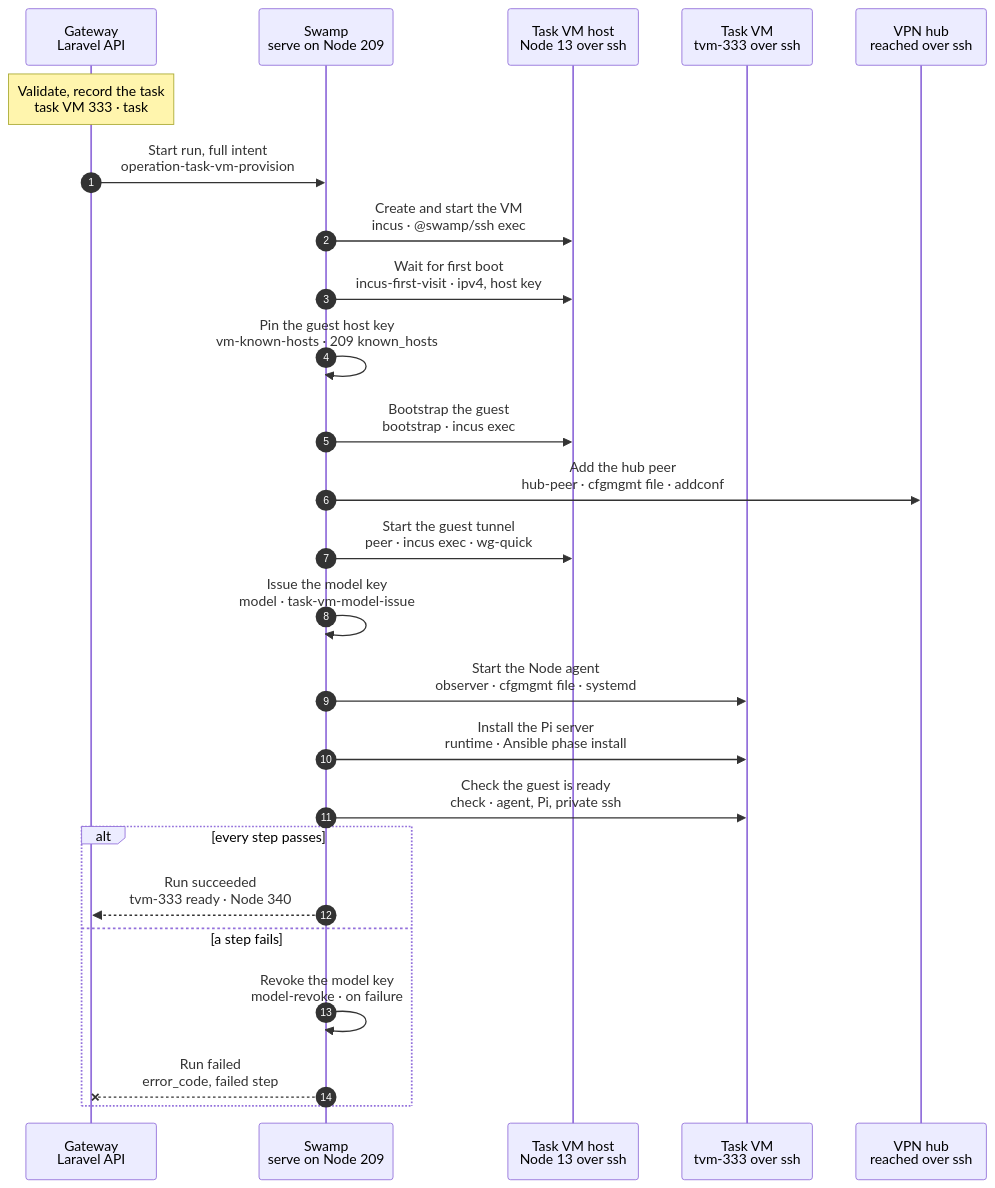
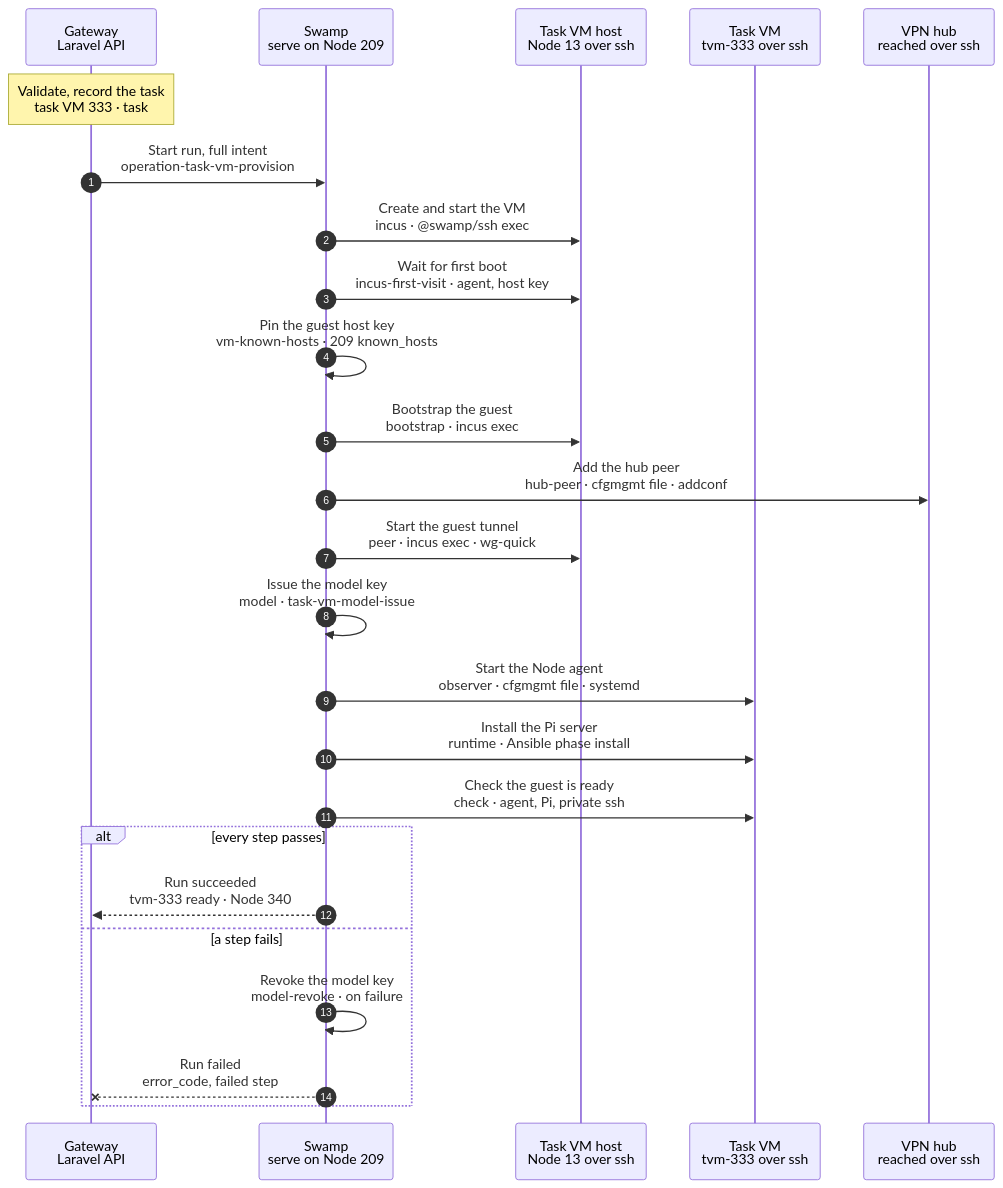
One commit to hardimpactdev/orbit changed the diagram in docs/cli/tasks/vm-provision.mmd. Above: the diagram before and after it, drawn with Mermaid.

Commit message:
docs(task-vms): the first visit waits for the agent

```diff
--- a/docs/cli/tasks/vm-provision.mmd
+++ b/docs/cli/tasks/vm-provision.mmd
@@ -1,131 +1,131 @@
 sequenceDiagram
   %% Target design: swamp/workflows/workflow-operation-task-vm-provision.yaml (+ task-vm-provision, provider-incus, incus-first-visit, enrollment, ssh-prepare, model-issue, runtime children), docs/reference/compute-drivers.md, docs/reference/task-vm-native-provision.md, docs/reference/tasks.md, DECISIONS R1-R4.
   %% Tightened: flow-tighten 2026-11-02, rules 1, 2, 3, 6, 9, 14, 15, 16, 18, 19, 20, 22 (provider, first boot, bootstrap and peer steps merged; no input-check, decode or report steps; cfgmgmt on the pinned guest; one end check).
   %% status: draft
   %% command: none · task VM claim for a task group
   %% kind: task_vm.provision
   autonumber
   %% lane GW icon=gateway pill=intent tone=blue
   %% lane SW icon=workflow pill=executes tone=green
   %% lane H icon=server pill=target tone=amber
   %% lane VM icon=server pill=target tone=purple
   %% lane HUB icon=server pill=target tone=purple
   participant GW as Gateway<br/>Laravel API
   participant SW as Swamp<br/>serve on Node 209
   participant H as Task VM host<br/>Node 13 over ssh
   participant VM as Task VM<br/>tvm-333 over ssh
   participant HUB as VPN hub<br/>reached over ssh
   Note over GW: Validate, record the task<br/>task VM 333 · task #5181 · Node 13
   %%> Started by:
   %%> - `AllocateTaskVmAction`, when a task group claims a VM; there is no CLI command
   %%> - an owning Task parent captures the same intent and runs these steps in its own run
   %%> Requirements:
   %%> - task VM 333 is `provisioning`, with its Placement on Node 13 and the promoted recipe image
   %%> - no other task holds `task_vm:333`; a repeated admission returns the same open task
   %%> Result:
   %%> - task #5181 records the full intent: provider, host, image, size, guest Node 340, hub peer file, observer files, Pi Process and model key record
   %%> - vault copies for the model key, Pi token, Pi models and provider bootstrap; the intent holds only their vault key names
   GW->>SW: Start run, full intent<br/>operation-task-vm-provision
   %%> What it does:
   %%> - starts one Swamp run on serve (Node 209)
   %%> Inputs:
   %%> - `operation_id`, `node_id`, `kind`, the intent and `execution_secrets` as vault key names
   %%> - the input schema validates the intent; no `eligible` assert or `provider-plan` decode step re-checks it
   SW->>H: Create and start the VM<br/>incus · @swamp/ssh exec
   %%> What it does:
   %%> - one `incus launch` argv on Node 13 creates and starts `tvm-333` from the admitted image, with its metadata and the read-only package cache
   %%> - a `guard` skips it when `tvm-333` already runs the admitted image, so a resumed run allocates no second VM
   %%> - a topology group clones its seed volume in the same step
   %%> Per provider:
   %%> - UpCloud overflow: the `cloud` step creates the labelled server through the API from 209, with the token from the vault
   %%> Replaces:
   %%> - `observe-vm`, `plan`, `observe-seed`, `seed-plan`, `clone-seed`, `seed-ready`, `initialize-vm`, `read-metadata`, `metadata`, `write-metadata`, `start-vm`, `inspect-created-vm` and `provider`
-  SW->>H: Wait for first boot<br/>incus-first-visit · ipv4, host key
+  SW->>H: Wait for first boot<br/>incus-first-visit · agent, host key
   %%> What it does:
-  %%> - one bounded argv: `incus wait tvm-333 ipv4 --timeout 120`, then `cloud-init status --wait`, then prints the guest's public SSH host key
+  %%> - one bounded argv: `incus wait tvm-333 agent --timeout 120`, then `cloud-init status --wait`, then prints the guest's public SSH host key
   %%> Decided by the orchestrator, for Nick's review (2026-11-06): the first wait is `incus wait tvm-333 agent --timeout 120`, as the slot start does: `cloud-init status --wait` runs through `incus exec`, which fails at once while the VM agent is not running (enrol 12264)
   %%> Why:
   %%> - the provider observation is the trusted source of the guest's host key
   %%> Replaces:
   %%> - `guest-available`, `cloud-init`, `guest-key` and the `guest` decode step
   SW->>SW: Pin the guest host key<br/>vm-known-hosts · 209 known_hosts
   %%> What it does:
   %%> - replaces any entry for the guest's address in the 209 worker's `known_hosts` with the observed key
   %%> Why:
   %%> - official cfgmgmt takes no pinned key and task VMs reuse addresses; without this, a stale entry fails every cfgmgmt step
   %%> Held open:
   %%> - a 209 shell step until cfgmgmt accepts a pinned host key
   SW->>H: Bootstrap the guest<br/>bootstrap · incus exec
   %%> What it does:
   %%> - through `incus exec` on Node 13: the managed account, 209's authorized key, passwordless sudo, sshd with TCP 22 only from 209's WireGuard address, the firewall rules that also let 209 and the Gateway reach Pi on TCP 3774, and a new WireGuard key whose public half it prints
   %%> Decided by the orchestrator, for Nick's review (2026-11-06): the same firewall step allows TCP 443 on the `orbit` interface (`orbit:task-vm-site`), and the hub's task VM filter lets 209 in on 443 (`orbit:task-vm-control-web`) beside its SSH rule, so the Cluster router and 209's TLS probe reach a routed workspace; Pi and SSH stay limited to 209 and the Gateway, so the Node's full WireGuard member trust is not applied
   %%> - each phase is one argv the Gateway rendered; no step reads bootstrap assets
   %%> Replaces:
   %%> - the five `bootstrap-*` exec and `-assets` pairs, `peer-key-command`, `peer-key` and the `ssh-prepare` child
   %%> - `package`: the recipe image ships `openssh-server` (rule 2)
   SW->>HUB: Add the hub peer<br/>hub-peer · cfgmgmt file · addconf
   %%> What it does:
   %%> - `@swamp/cfgmgmt/file` writes `orbit-peers.d/340.conf` on the hub, then `wg addconf orbit` loads only that peer
   %%> Why:
   %%> - no other peer changes, so overlapping enrollments never drop each other
   SW->>H: Start the guest tunnel<br/>peer · incus exec · wg-quick
   %%> What it does:
   %%> - writes the guest's `orbit.conf` and DNS marker, then `systemctl enable --now wg-quick@orbit`
   %%> - from here Swamp reaches tvm-333 directly over WireGuard
   %%> Replaces:
   %%> - `peer-publish-command`, `peer-enable`, `peer-start` and `peer-dns-command`
   SW->>SW: Issue the model key<br/>model · task-vm-model-issue
   %%> What it does:
   %%> - adds VM 333's model key on the model router from 209 and confirms the anchor key stays
   %%> - two Ansible phases on 209, `anchor` and `issue`: HTTPS calls to the router, no script
   %%> When:
   %%> - in parallel from the start of the run; it touches no guest (rule 18)
   %%> Held open:
   %%> - one 209 script until an official HTTP behavior covers the router API; seven steps become one
   SW->>VM: Start the Node agent<br/>observer · cfgmgmt file · systemd
   %%> What it does:
   %%> - `@swamp/cfgmgmt/file` writes the agent identity, `config.toml` and `ca.pem`; `@swamp/cfgmgmt/systemd` installs and starts `orbit-agent`
   %%> - today the steps are `observer-group` (one `groupadd -f --system orbit-env` argv, since the unit names that group) and `observer-unit`
   %%> - `observer-identity-create` makes the secret with `openssl rand -hex`, and `observer-identity-trim` cuts the file to its 64 characters, because the agent trims the file and the Gateway checks `sha256` of the trimmed value; `observer-identity` records that digest
   %%> - the Gateway makes the agent secret at admission, as for `node:add`, and keeps its hash; `observer-identity-create` writes the vault copy `agent-secret-node-<id>` on stdin of one `install` (0600, no newline), and `observer-identity` proves the file hashes to that value
   %%> - runs beside the Pi install
   %%> Replaces:
   %%> - `observer-identity`, `observer-configuration`, `observer-ca`, `observer-unit`, `observer-reload` and `observer-start` (inline Python writes)
   SW->>VM: Install the Pi server<br/>runtime · Ansible phase install
   %%> What it does:
   %%> - fetches the pinned Pi build to 209 and checks its digest there
   %%> - Ansible phase `install`, over SSH with the pinned guest host key: copies the build (its digest is checked on the staged file first), writes the Orbit root (under the image's name `orbit-root.crt` and the fleet's `orbit-managed-root-ca.crt`), the Pi models and the Pi token (0600, from `vault.get` through the environment, `no_log`), installs the unit, and restarts `pi-server` when a file changed
   %%> Decided by the orchestrator, for Nick's review (2026-11-06): the fleet's name is the file a Route writes; with it in place, the first Route on the VM keeps the CA store (op 12259 rebuilt it in 2.3 s).
   %%> Decided by the orchestrator, for Nick's review (2026-11-06): the phase also creates the app-dev runtime folders and tmpfiles file (`AppDevRuntimeFootprint`, the same list the app-dev role add applies), because the VM records the app-dev role and a served workspace site writes its hibernation log to `/data/caddy/orbit/hibernation`; a ready slot gets them at its enrol, and slots enrolled before are replaced through the pool (its setting cleared, then set again)
   %%> - Ansible phase `check`: the service is active and `/capabilities` answers 200 to the bearer
   %%> - the run folder, with the staged build, is removed in a last job
   %%> - not `@swamp/cfgmgmt`: it cannot pin a host key toward a task VM
   %%> Replaces:
   %%> - the eleven `task-vm-runtime` guest steps; its `result` step stays, because enrollment reads it
   SW->>VM: Check the guest is ready<br/>check · agent, Pi, private ssh
   %%> What it does:
   %%> - one pinned exec over WireGuard collects `orbit-agent` and `pi-server` state and the Pi capabilities on the bind address; Swamp's `assert` checks them
   %%> Replaces:
   %%> - `verify`, `Check the Pi service`, `Probe the Pi server`, `receipt`, both `result` steps and the root `result` print (rules 9, 14)
   alt every step passes
     SW-->>GW: Run succeeded<br/>tvm-333 ready · Node 340
     %%> How the Gateway learns it:
     %%> - its run reader sees the terminal event and reads the `check` step's outputs
     %%> Result:
     %%> - records the guest host key with `RecordNodeSshHostKeyAction`, the WireGuard key, observer identity and the `pi-server` Process
     %%> - task VM 333 is `ready`; task #5181 succeeds
   else a step fails
     SW->>SW: Revoke the model key<br/>model-revoke · on failure
     %%> When:
     %%> - `dependsOn` the failed step with condition `failed` (rule 19)
     %%> What it does:
     %%> - revokes any issued model key; for UpCloud, `cloud-prefix-rollback` also deletes the unready server
     %%> On the Node:
     %%> - the Incus VM and a published hub peer stay for diagnosis; the next hub convergence drops the peer
     SW--xGW: Run failed<br/>error_code, failed step
     %%> Result:
     %%> - task #5181 fails; task VM 333 is `failed` with the error and keeps its cleanup intent
     %%> - the group asks for assistance; `tasks:cancel` destroys the VM
     %%> Retry:
     %%> - the guards skip finished work on a resumed run
   end
```
